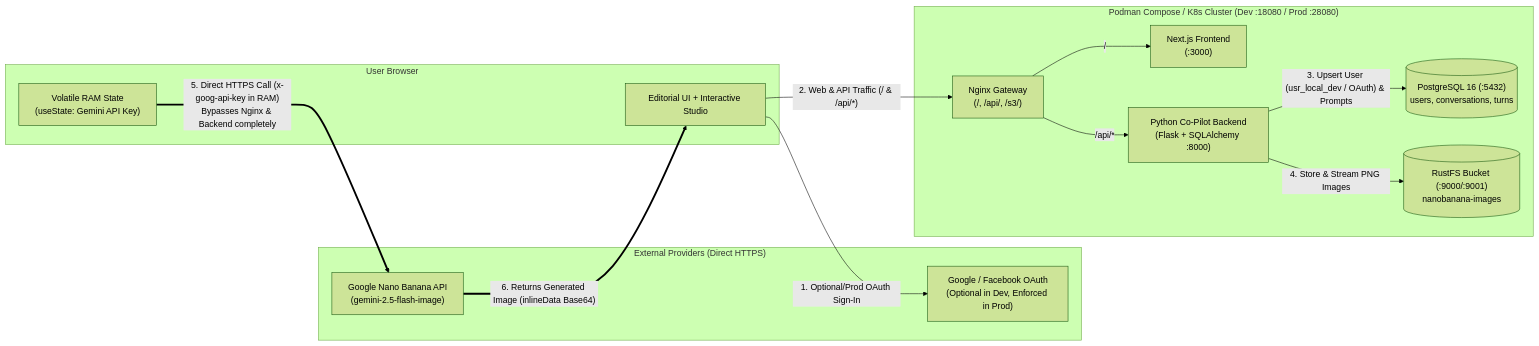
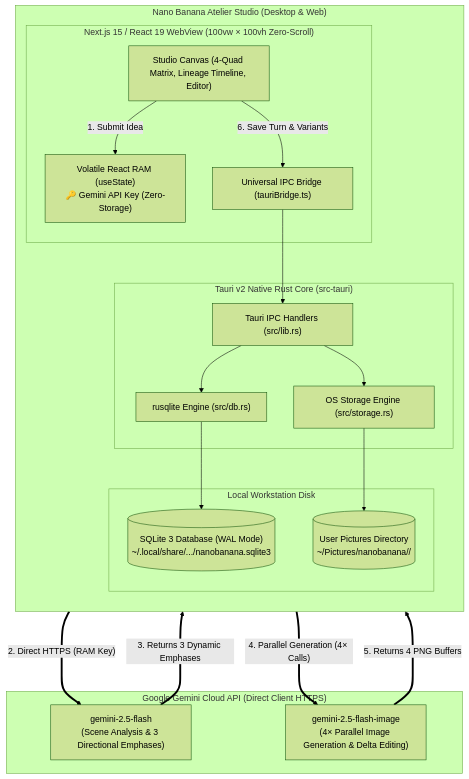
Before and after one commit to vitorecomp/nanobanana-harness: the diagram in docs/README.md, drawn with Mermaid (forest theme). The commit also changed other lines of this file and 19 other files, not shown here.

````diff
--- a/docs/README.md
+++ b/docs/README.md
@@ -41,29 +49,39 @@
 ```mermaid
-flowchart LR
-    subgraph Browser["User Browser"]
-        UI["Editorial UI + Interactive Studio"]
-        RAM["Volatile RAM State\n(useState: Gemini API Key)"]
+flowchart TB
+    subgraph DesktopApp["Nano Banana Atelier Studio (Desktop & Web)"]
+        direction TB
+        subgraph UI["Next.js 15 / React 19 WebView (100vw × 100vh Zero-Scroll)"]
+            Studio["Studio Canvas (4-Quad Matrix, Lineage Timeline, Editor)"]
+            RAMKey["Volatile React RAM (useState)\n🔑 Gemini API Key (Zero-Storage)"]
+            Bridge["Universal IPC Bridge (tauriBridge.ts)"]
+        end
+
+        subgraph Core["Tauri v2 Native Rust Core (src-tauri)"]
+            Commands["Tauri IPC Handlers (src/lib.rs)"]
+            DBEngine["rusqlite Engine (src/db.rs)"]
+            StorageEngine["OS Storage Engine (src/storage.rs)"]
+        end
+
+        subgraph LocalDisk["Local Workstation Disk"]
+            SQLite[("SQLite 3 Database (WAL Mode)\n~/.local/share/.../nanobanana.sqlite3")]
+            Pictures[("User Pictures Directory\n~/Pictures/nanobanana/<project-name>/")]
+        end
     end
 
-    subgraph ExternalAuthAndAI["External Providers (Direct HTTPS)"]
-        OAuth["Google / Facebook OAuth\n(Optional in Dev, Enforced in Prod)"]
-        NB["Google Nano Banana API\n(gemini-2.5-flash-image)"]
+    subgraph GoogleAI["Google Gemini Cloud API (Direct Client HTTPS)"]
+        Flash["gemini-2.5-flash\n(Scene Analysis & 3 Directional Emphases)"]
+        FlashImage["gemini-2.5-flash-image\n(4× Parallel Image Generation & Delta Editing)"]
     end
 
-    subgraph ComposeInfra["Podman Compose / K8s Cluster (Dev :18080 / Prod :28080)"]
-        NGX["Nginx Gateway\n(/, /api/, /s3/)"]
-        FE["Next.js Frontend\n(:3000)"]
-        API["Python Co-Pilot Backend\n(Flask + SQLAlchemy :8000)"]
-        PG[("PostgreSQL 16 (:5432)\nusers, conversations, turns")]
-        BKT[("RustFS Bucket (:9000/:9001)\nnanobanana-images")]
-    end
-
-    UI -->|"1. Optional/Prod OAuth Sign-In"| OAuth
-    UI -->|"2. Web & API Traffic (/ & /api/*)"| NGX
-    NGX -->|"/"| FE
-    NGX -->|"/api/*"| API
-    API -->|"3. Upsert User (usr_local_dev / OAuth) & Prompts"| PG
-    API -->|"4. Store & Stream PNG Images"| BKT
-    RAM ===>|"5. Direct HTTPS Call (x-goog-api-key in RAM)\nBypasses Nginx & Backend completely"| NB
-    NB ===>|"6. Returns Generated Image (inlineData Base64)"| UI
+    Studio -->|1. Submit Idea| RAMKey
+    RAMKey ===>|"2. Direct HTTPS (RAM Key)"| Flash
+    Flash ===>|"3. Returns 3 Dynamic Emphases"| Studio
+    RAMKey ===>|"4. Parallel Generation (4× Calls)"| FlashImage
+    FlashImage ===>|"5. Returns 4 PNG Buffers"| Studio
+    Studio -->|"6. Save Turn & Variants"| Bridge
+    Bridge --> Commands
+    Commands --> DBEngine
+    Commands --> StorageEngine
+    DBEngine --> SQLite
+    StorageEngine --> Pictures
 ```
````
